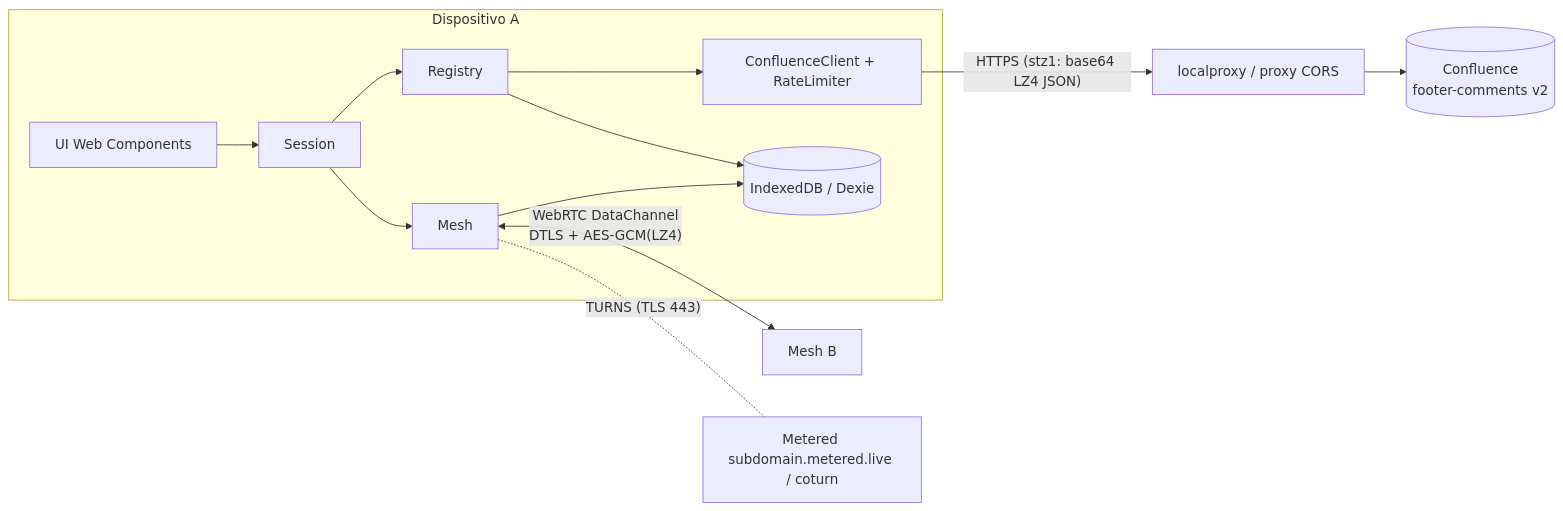
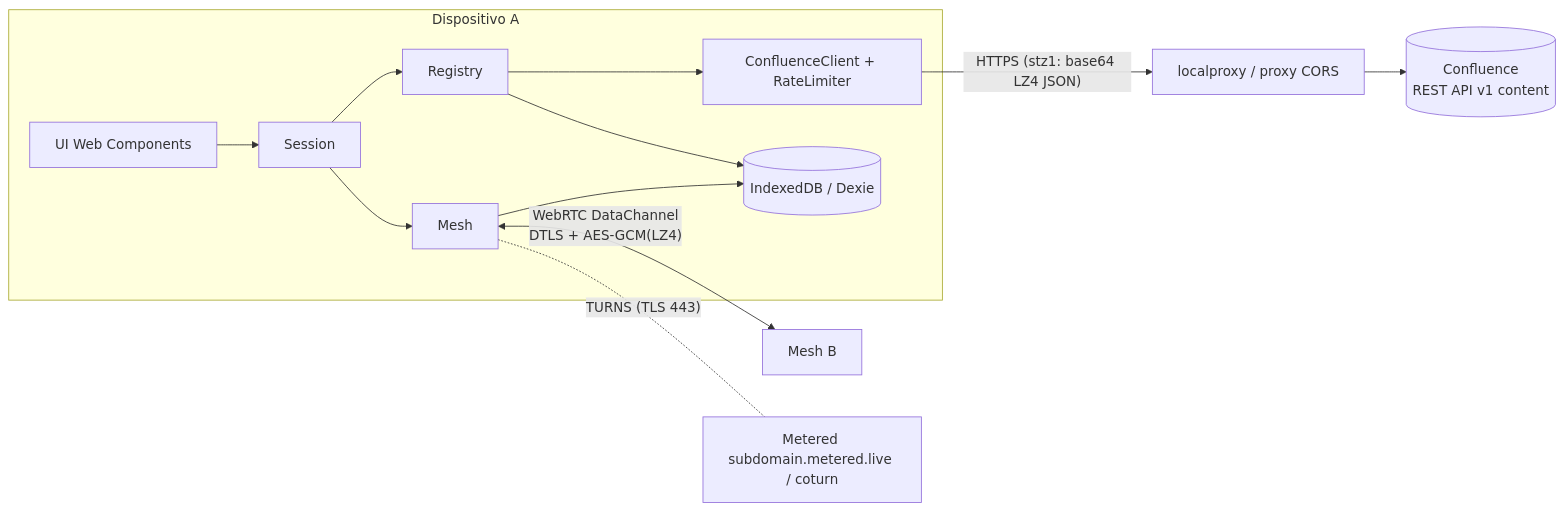
The first of 2 diagrams in TECHNICAL_BRIEF.md (Mordaft/statim), drawn with Mermaid before and after one commit. The commit also changed other lines of this file and 7 other files, not shown here.

Commit message:
feat; confluence rest api v1

````diff
--- a/TECHNICAL_BRIEF.md
+++ b/TECHNICAL_BRIEF.md
@@ -34,14 +34,14 @@
 ```mermaid
 flowchart LR
   subgraph Dispositivo A
     UIA[UI Web Components] --> SA[Session]
     SA --> RA[Registry] --> CA[ConfluenceClient + RateLimiter]
     SA --> MA[Mesh]
     MA --> DBA[(IndexedDB / Dexie)]
     RA --> DBA
   end
   CA -- "HTTPS (stz1: base64 LZ4 JSON)" --> P[localproxy / proxy CORS]
-  P --> C[(Confluence<br/>footer-comments v2)]
+  P --> C[(Confluence<br/>REST API v1 content)]
   MA <-- "WebRTC DataChannel<br/>DTLS + AES-GCM(LZ4)" --> MB[Mesh B]
   MA -. TURNS (TLS 443) .- T[Metered subdomain.metered.live / coturn]
 ```
````
